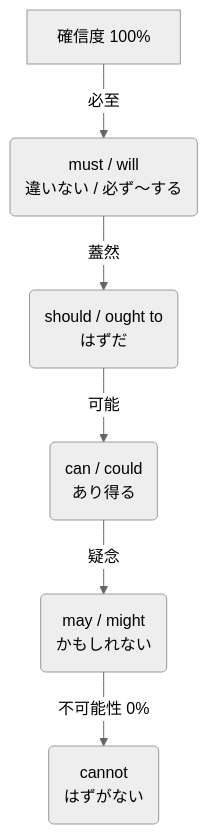
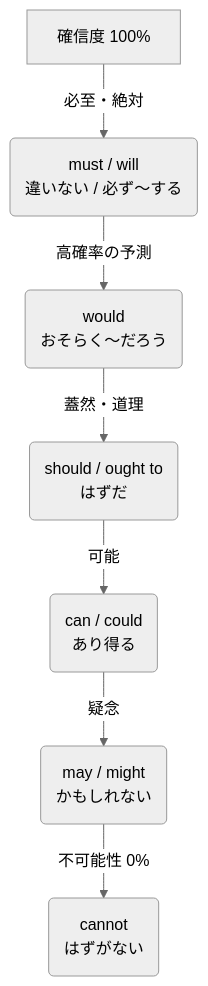
The first of 2 diagrams in grammar/summary_auxiliary.md (tkc310/learn-english), drawn with Mermaid (neutral theme) before and after one commit. The commit also changed other lines of this file, not shown here.

````diff
--- a/grammar/summary_auxiliary.md
+++ b/grammar/summary_auxiliary.md
@@ -11,8 +11,9 @@
 ```mermaid
 graph TD
-    A[確信度 100%] -->|必至| B(must / will <br> 違いない / 必ず〜する)
-    B -->|蓋然| C(should / ought to <br> はずだ)
-    C -->|可能| D(can / could <br> あり得る)
-    D -->|疑念| E(may / might <br> かもしれない)
-    E -->|不可能性 0%| F(cannot <br> はずがない)
+    A[確信度 100%] -->|必至・絶対| B(must / will <br> 違いない / 必ず〜する)
+    B -->|高確率の予測| C(would <br> おそらく〜だろう)
+    C -->|蓋然・道理| D(should / ought to <br> はずだ)
+    D -->|可能| E(can / could <br> あり得る)
+    E -->|疑念| F(may / might <br> かもしれない)
+    F -->|不可能性 0%| G(cannot <br> はずがない)
 ```
````
